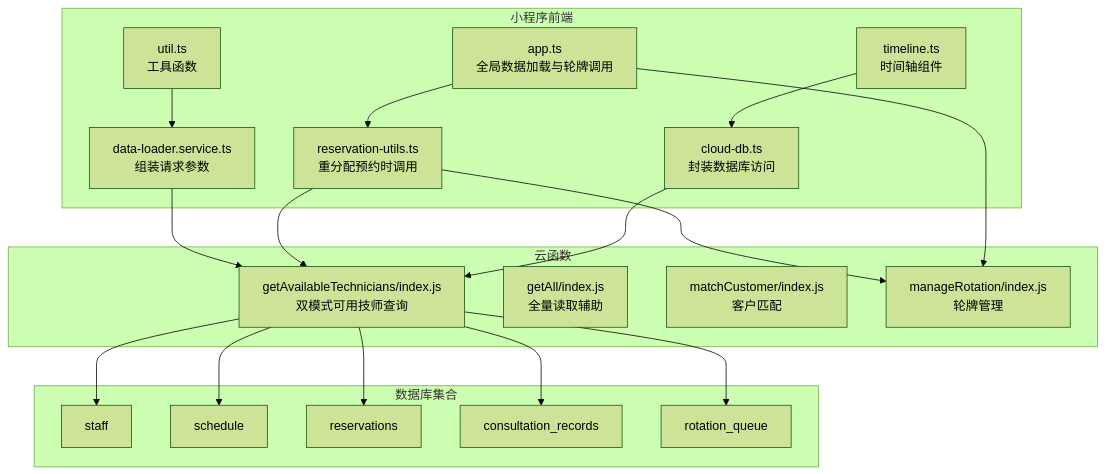
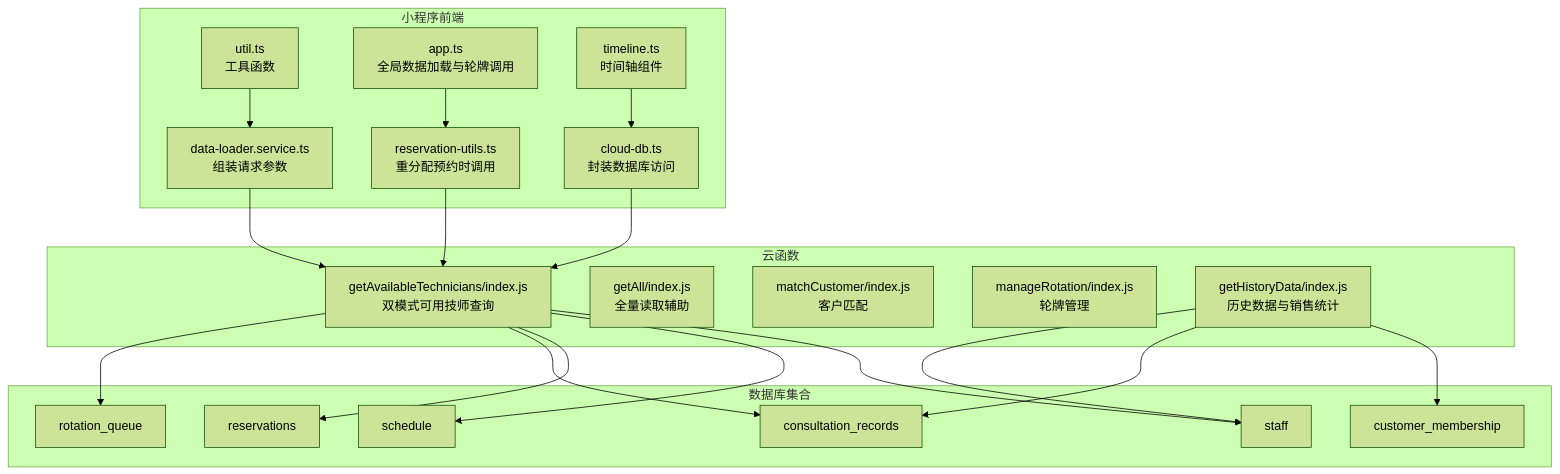
Before and after one commit to xwHoward/padoo-consulation-printer: the first of 5 diagrams in .qoder/repowiki/zh/content/技师排班系统/可用技师查询.md, drawn with Mermaid (forest theme). The commit also changed other lines of this file and 15 other files, not shown here.

````diff
--- a/.qoder/repowiki/zh/content/技师排班系统/可用技师查询.md
+++ b/.qoder/repowiki/zh/content/技师排班系统/可用技师查询.md
@@ -60,37 +60,40 @@
 ```mermaid
 graph TB
 subgraph "小程序前端"
 DL["data-loader.service.ts<br/>组装请求参数"]
 RU["reservation-utils.ts<br/>重分配预约时调用"]
 CD["cloud-db.ts<br/>封装数据库访问"]
 UT["util.ts<br/>工具函数"]
 APP["app.ts<br/>全局数据加载与轮牌调用"]
 TL["timeline.ts<br/>时间轴组件"]
 end
 subgraph "云函数"
 GA["getAvailableTechnicians/index.js<br/>双模式可用技师查询"]
 GALL["getAll/index.js<br/>全量读取辅助"]
 MC["matchCustomer/index.js<br/>客户匹配"]
 MR["manageRotation/index.js<br/>轮牌管理"]
+GHD["getHistoryData/index.js<br/>历史数据与销售统计"]
 end
 subgraph "数据库集合"
 STAFF["staff"]
 SCHEDULE["schedule"]
 RESERVATIONS["reservations"]
 CONSULT["consultation_records"]
 ROTATION["rotation_queue"]
+MEMBERSHIP["customer_membership"]
 end
 DL --> GA
 RU --> GA
 CD --> GA
 UT --> DL
 APP --> RU
 TL --> CD
 GA --> STAFF
 GA --> SCHEDULE
 GA --> RESERVATIONS
 GA --> CONSULT
 GA --> ROTATION
-RU --> MR
-APP --> MR
+GHD --> MEMBERSHIP
+GHD --> CONSULT
+GHD --> STAFF
 ```
````
